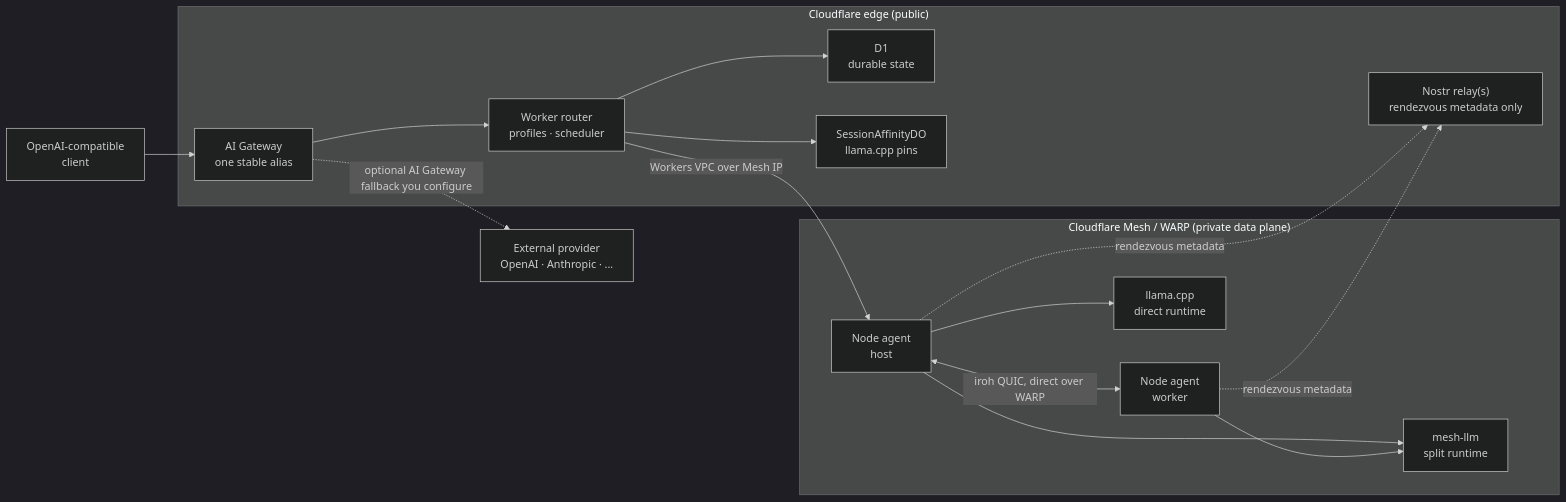
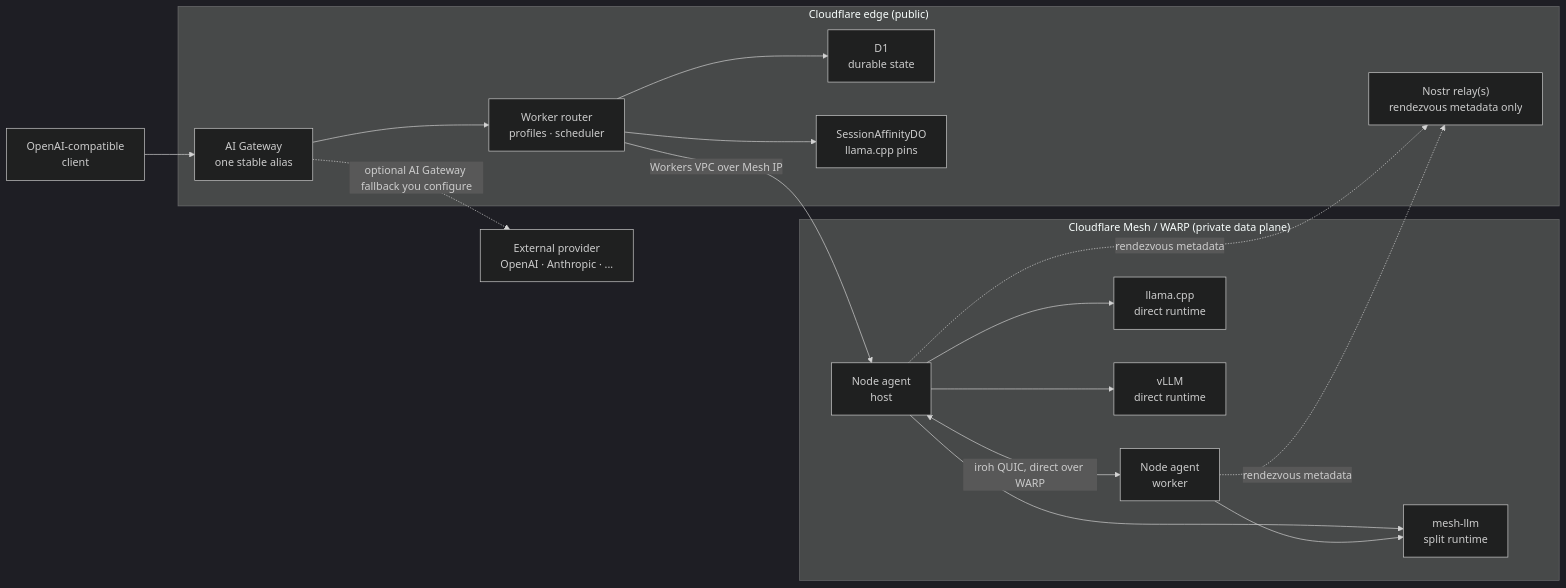
Before and after one commit to nikolanovoselec/codeflare-inference-mesh: the diagram in README.md, drawn with Mermaid (dark theme). The commit also changed other lines of this file and 91 other files, not shown here.

First line of the commit message:
feat: vLLM managed runtime, runtime seam, and sampling defaults (#30)

````diff
--- a/README.md
+++ b/README.md
@@ -32,30 +33,32 @@
 ```mermaid
 flowchart LR
     client["OpenAI-compatible<br/>client"]
     subgraph edge["Cloudflare edge (public)"]
         gateway["AI Gateway<br/>one stable alias"]
         router["Worker router<br/>profiles · scheduler"]
         d1["D1<br/>durable state"]
         affinity["SessionAffinityDO<br/>llama.cpp pins"]
         nostr["Nostr relay(s)<br/>rendezvous metadata only"]
     end
     subgraph mesh["Cloudflare Mesh / WARP (private data plane)"]
         nodeA["Node agent<br/>host"]
         nodeB["Node agent<br/>worker"]
         meshllm["mesh-llm<br/>split runtime"]
         llama["llama.cpp<br/>direct runtime"]
+        vllm["vLLM<br/>direct runtime"]
     end
     provider["External provider<br/>OpenAI · Anthropic · ..."]
 
     client --> gateway --> router
     router --> d1
     router --> affinity
     router -->|Workers VPC over Mesh IP| nodeA
     nodeA --> meshllm
     nodeA --> llama
+    nodeA --> vllm
     nodeA <-->|iroh QUIC, direct over WARP| nodeB
     nodeB --> meshllm
     nodeA -.->|rendezvous metadata| nostr
     nodeB -.->|rendezvous metadata| nostr
     gateway -.->|optional AI Gateway fallback you configure| provider
 ```
````
